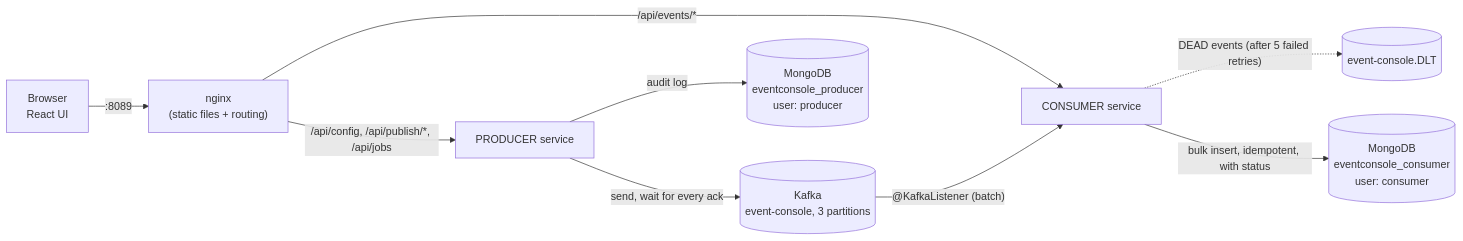
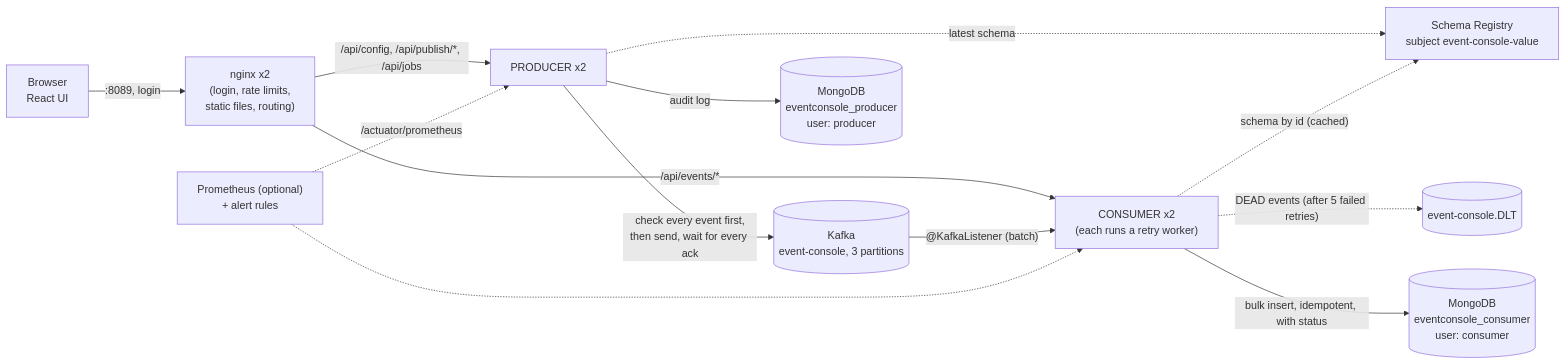
The first of 3 diagrams in labs/lab-02b-spring-boot-event-console/README.md (Skpandey15/kafka-principal-engineer-lab), drawn with Mermaid before and after one commit. The commit also changed other lines of this file and 90 other files, not shown here.

````diff
--- a/labs/lab-02b-spring-boot-event-console/README.md
+++ b/labs/lab-02b-spring-boot-event-console/README.md
@@ -25,11 +25,15 @@
 ```mermaid
 flowchart LR
-    Browser["Browser<br/>React UI"] -->|":8089"| Nginx["nginx<br/>(static files + routing)"]
-    Nginx -->|"/api/config, /api/publish/*, /api/jobs"| P["PRODUCER service"]
-    Nginx -->|"/api/events/*"| C["CONSUMER service"]
-    P -->|"send, wait for every ack"| Kafka[("Kafka<br/>event-console, 3 partitions")]
+    Browser["Browser<br/>React UI"] -->|":8089, login"| Nginx["nginx x2<br/>(login, rate limits,<br/>static files, routing)"]
+    Nginx -->|"/api/config, /api/publish/*, /api/jobs"| P["PRODUCER x2"]
+    Nginx -->|"/api/events/*"| C["CONSUMER x2<br/>(each runs a retry worker)"]
+    P -->|"check every event first,<br/>then send, wait for every ack"| Kafka[("Kafka<br/>event-console, 3 partitions")]
+    P -.->|"latest schema"| SR["Schema Registry<br/>subject event-console-value"]
     Kafka -->|"@KafkaListener (batch)"| C
+    C -.->|"schema by id (cached)"| SR
     C -.->|"DEAD events (after 5 failed retries)"| DLT[("event-console.DLT")]
     C -->|"bulk insert, idempotent, with status"| ReadModel[("MongoDB<br/>eventconsole_consumer<br/>user: consumer")]
     P -->|"audit log"| Audit[("MongoDB<br/>eventconsole_producer<br/>user: producer")]
+    Prom["Prometheus (optional)<br/>+ alert rules"] -.->|"/actuator/prometheus"| P
+    Prom -.-> C
 ```
````
